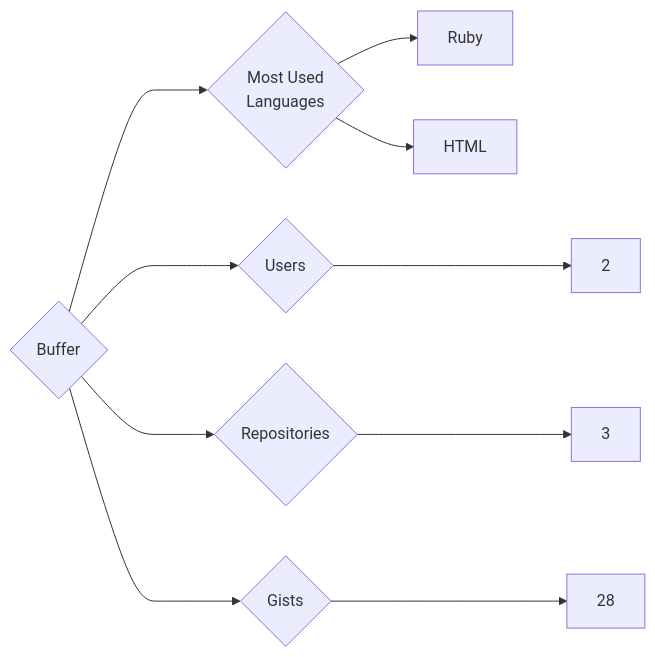
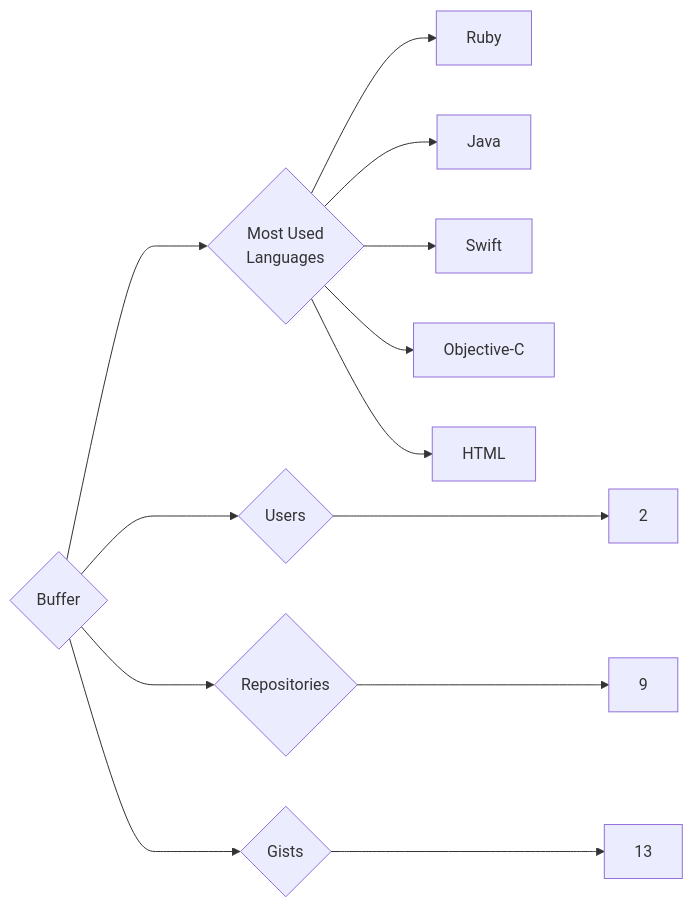
The diagram in targets/Buffer/README.md (trickest/insiders), drawn with Mermaid before and after one commit. The commit also changed 998 other files, not shown here.

````diff
--- a/targets/Buffer/README.md
+++ b/targets/Buffer/README.md
@@ -3,10 +3,13 @@
 ```mermaid
 graph LR
 COMPANY_NAME{Buffer}
 COMPANY_NAME ---> U{Users} ---> UN[2]
-COMPANY_NAME ---> R{Repositories} ---> RN[3]
-COMPANY_NAME ---> G{Gists} ---> GN[28]
+COMPANY_NAME ---> R{Repositories} ---> RN[9]
+COMPANY_NAME ---> G{Gists} ---> GN[13]
 COMPANY_NAME ---> ML{Most Used<br>Languages}
 ML --> Ruby[Ruby]
+ML --> Java[Java]
+ML --> Swift[Swift]
+ML --> Objective-C[Objective-C]
 ML --> HTML[HTML]
 ```
````
